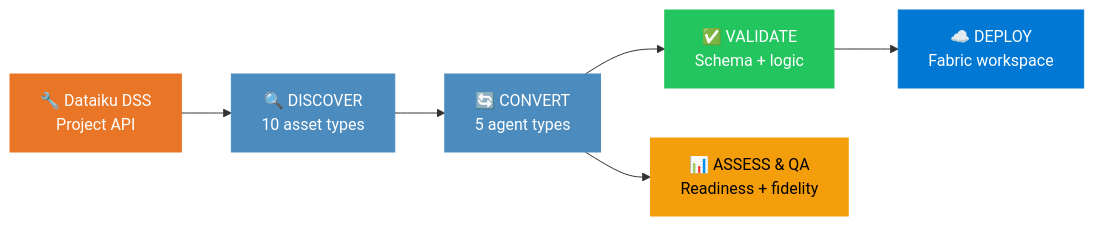
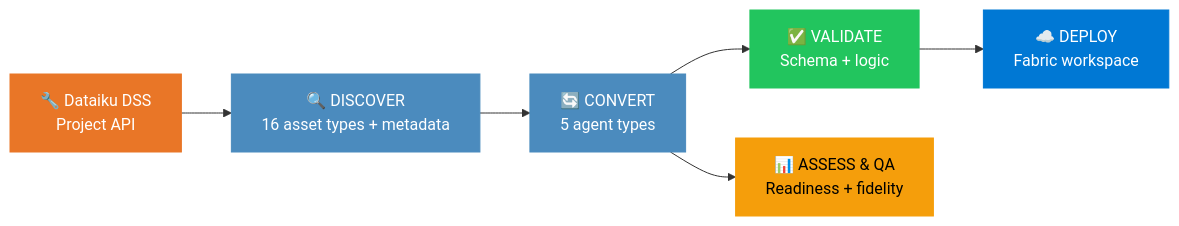
The first of 2 diagrams in README.md (cyphou/DataikuToFabric), drawn with Mermaid before and after one commit. The commit also changed other lines of this file and 4 other files, not shown here.

````diff
--- a/README.md
+++ b/README.md
@@ -243,15 +249,15 @@
 ```mermaid
 flowchart LR
-    A["🔧 Dataiku DSS\nProject API"] --> B["🔍 DISCOVER\n10 asset types"]
+    A["🔧 Dataiku DSS\nProject API"] --> B["🔍 DISCOVER\n16 asset types + metadata"]
     B --> C["🔄 CONVERT\n5 agent types"]
     C --> D["✅ VALIDATE\nSchema + logic"]
     D --> E["☁️ DEPLOY\nFabric workspace"]
     C --> F["📊 ASSESS & QA\nReadiness + fidelity"]
 
     style A fill:#E97627,color:#fff,stroke:#E97627
     style B fill:#4B8BBE,color:#fff,stroke:#4B8BBE
     style C fill:#4B8BBE,color:#fff,stroke:#4B8BBE
     style D fill:#22c55e,color:#fff,stroke:#22c55e
     style E fill:#0078D4,color:#fff,stroke:#0078D4
     style F fill:#f59e0b,color:#000,stroke:#f59e0b
 ```
````
